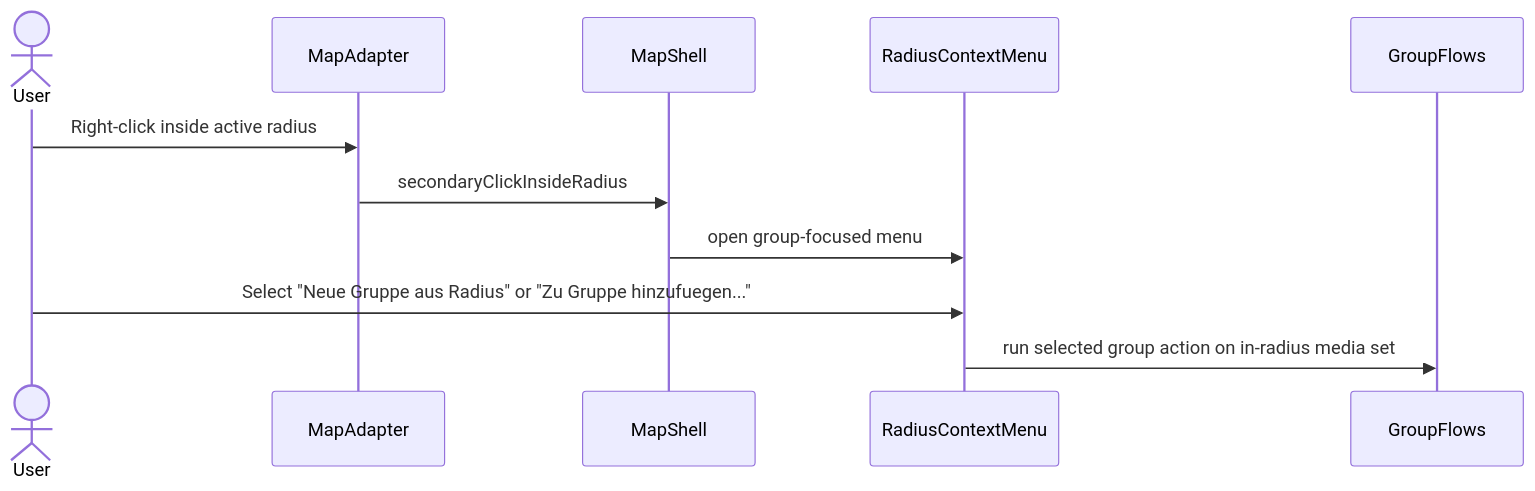
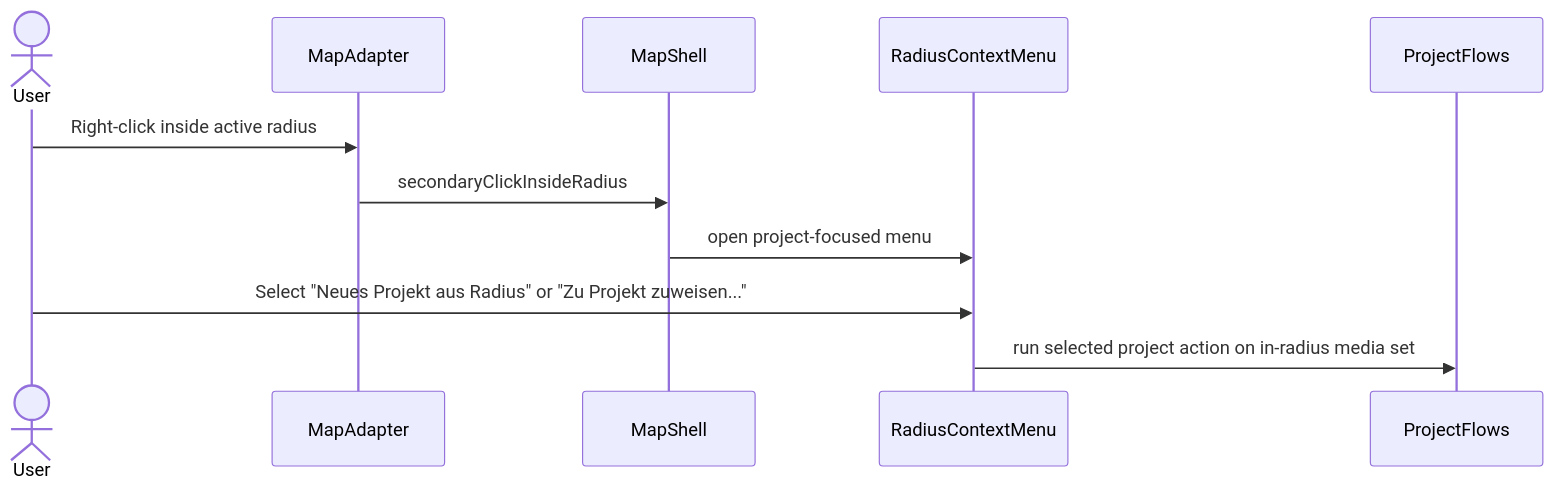
Diagram 13 of 14 in docs/use-cases/map-context-menu.md (matkleve/feldpost), drawn with Mermaid before and after one commit. The commit also changed other lines of this file and 22 other files, not shown here.

````diff
--- a/docs/use-cases/map-context-menu.md
+++ b/docs/use-cases/map-context-menu.md
@@ -294,14 +294,14 @@
 ```mermaid
 sequenceDiagram
     actor User
     participant Map as MapAdapter
     participant Shell as MapShell
     participant RadiusMenu as RadiusContextMenu
-    participant Groups as GroupFlows
+    participant Projects as ProjectFlows
 
     User->>Map: Right-click inside active radius
     Map->>Shell: secondaryClickInsideRadius
-    Shell->>RadiusMenu: open group-focused menu
-    User->>RadiusMenu: Select "Neue Gruppe aus Radius" or "Zu Gruppe hinzufuegen..."
-    RadiusMenu->>Groups: run selected group action on in-radius media set
+    Shell->>RadiusMenu: open project-focused menu
+    User->>RadiusMenu: Select "Neues Projekt aus Radius" or "Zu Projekt zuweisen..."
+    RadiusMenu->>Projects: run selected project action on in-radius media set
 ```
````
